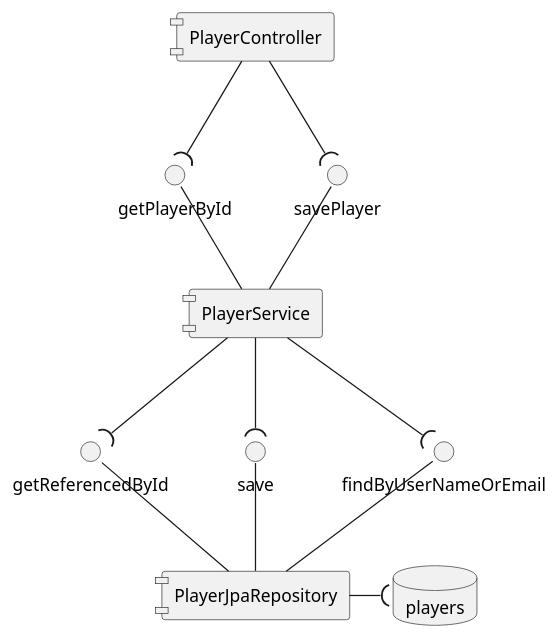
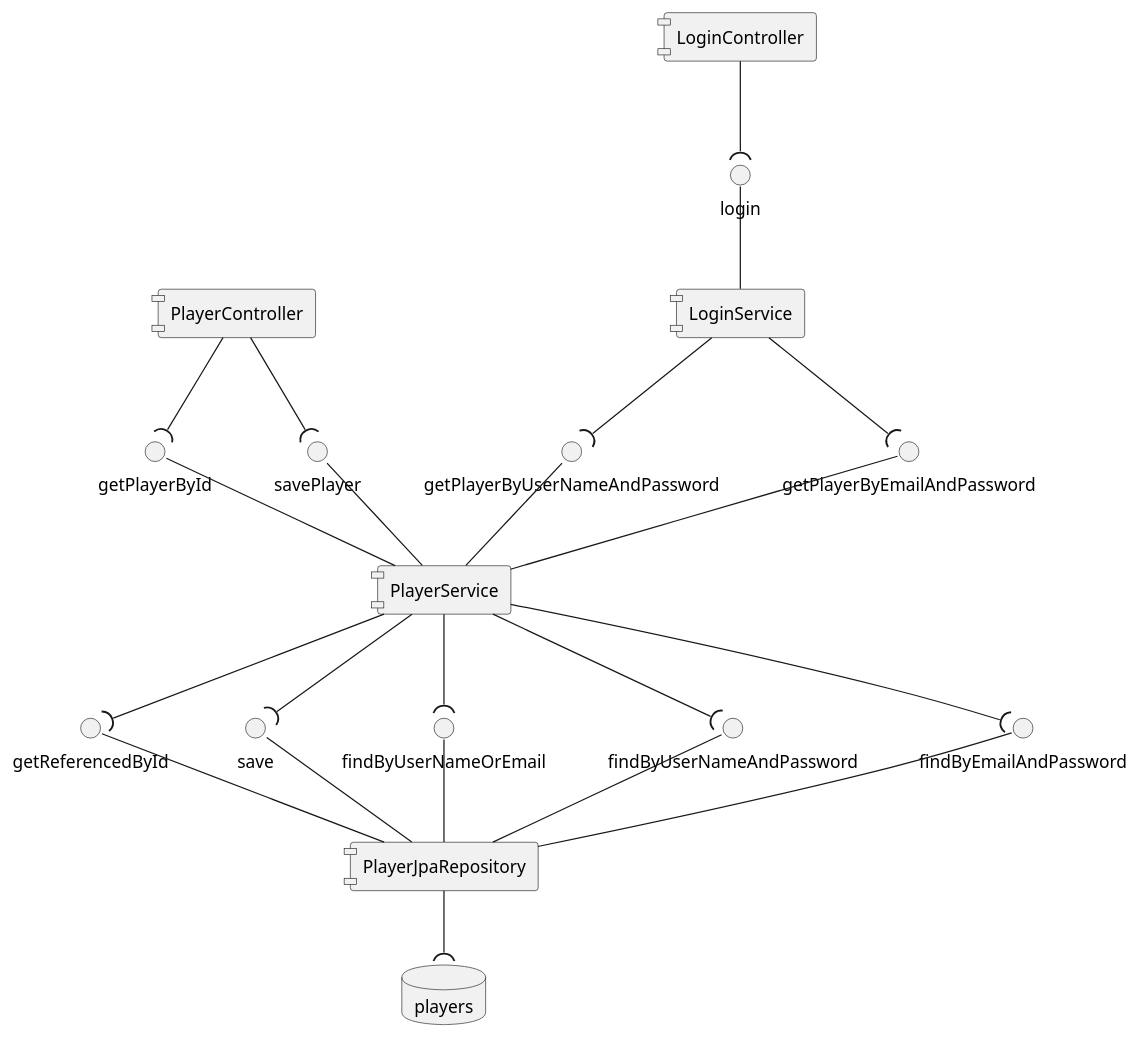
Before and after one commit to moliva177/myFirstSpringApiRest: the diagram in docs/diagrams/model/components.puml, drawn with PlantUML. The commit also changed 6 other files, not shown here.

```diff
--- a/docs/diagrams/model/components.puml
+++ b/docs/diagrams/model/components.puml
@@ -1,23 +1,35 @@
 @startuml
 
 skinparam componentStyle uml1
 
 database "players"
 
 [PlayerController] --(getPlayerById
 [PlayerController] --(savePlayer
 
+[LoginController] --(login
+
+[LoginService] --(getPlayerByUserNameAndPassword
+[LoginService] --(getPlayerByEmailAndPassword
+
 [PlayerService] --(getReferencedById
 [PlayerService] --(save
 [PlayerService] --(findByUserNameOrEmail
+[PlayerService] --(findByUserNameAndPassword
+[PlayerService] --(findByEmailAndPassword
+
+login -- [LoginService]
 
 getPlayerById -- [PlayerService]
 savePlayer -- [PlayerService]
+getPlayerByUserNameAndPassword -- [PlayerService]
+getPlayerByEmailAndPassword -- [PlayerService]
 
-
-[PlayerJpaRepository] -("players"
+[PlayerJpaRepository] --("players"
 getReferencedById -- [PlayerJpaRepository]
 save -- [PlayerJpaRepository]
 findByUserNameOrEmail -- [PlayerJpaRepository]
+findByUserNameAndPassword -- [PlayerJpaRepository]
+findByEmailAndPassword -- [PlayerJpaRepository]
 
 @enduml
```
